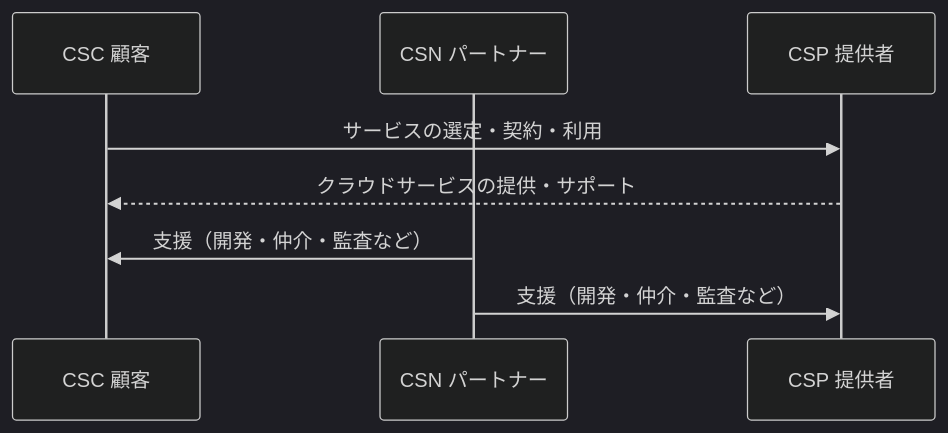
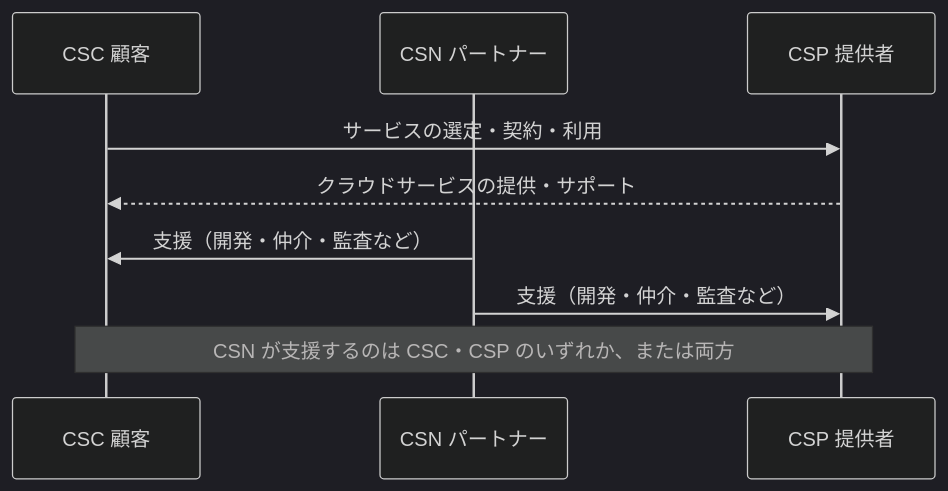
Before and after one commit to myoshi2891/Cloud-Infrastructure-and-Network-Studies: the sixth of 20 diagrams in Iso-iec-22123-3-2023-guide.md, drawn with Mermaid (dark theme). The commit also changed other lines of this file and 2 other files, not shown here.

Commit message:
docs(iso22123): clarify public cloud flowchart condition, CSN scope, and auditor definition

````diff
--- a/Iso-iec-22123-3-2023-guide.md
+++ b/Iso-iec-22123-3-2023-guide.md
@@ -232,11 +232,12 @@
 ```mermaid
 sequenceDiagram
     participant CSC as CSC 顧客
     participant CSN as CSN パートナー
     participant CSP as CSP 提供者
 
     CSC->>CSP: サービスの選定・契約・利用
     CSP-->>CSC: クラウドサービスの提供・サポート
     CSN->>CSC: 支援（開発・仲介・監査など）
     CSN->>CSP: 支援（開発・仲介・監査など）
+    Note over CSC,CSP: CSN が支援するのは CSC・CSP のいずれか、または両方
 ```
````
